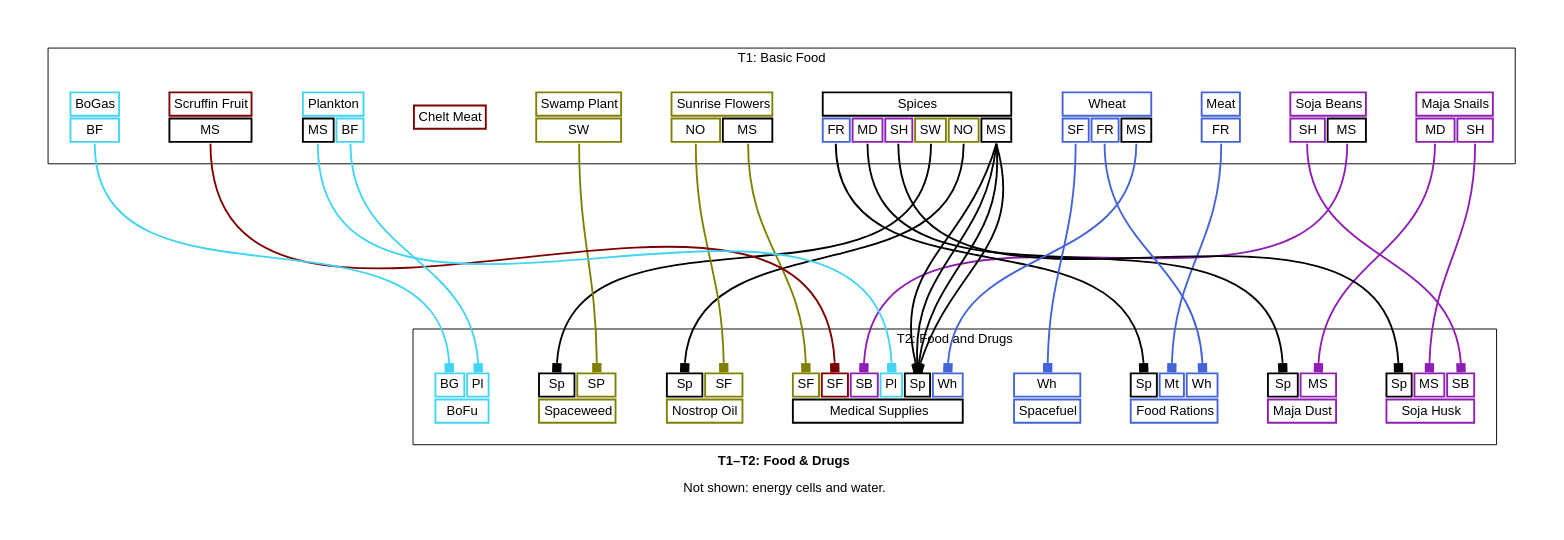
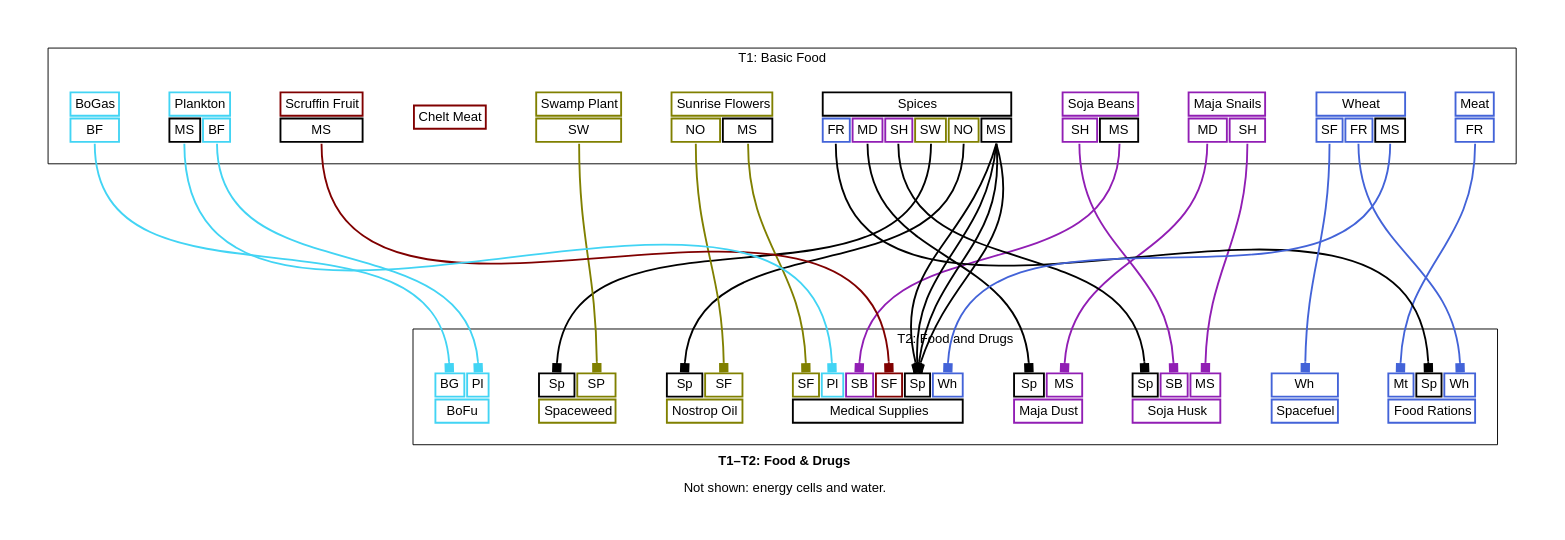
Before and after one commit to borntyping/x4-diagrams: the diagram in docs/t1_t2_food_drugs_graph_simplified.dot, drawn with Graphviz. The commit also changed other lines of this file and 44 other files, not shown here.

```diff
--- a/docs/t1_t2_food_drugs_graph_simplified.dot
+++ b/docs/t1_t2_food_drugs_graph_simplified.dot
@@ -186,9 +186,9 @@
   
     <tr>
       
+        <td align="text" bgcolor="white" color="#4363d8" port="meat">Mt</td>
+      
         <td align="text" bgcolor="white" color="#000000" port="spices">Sp</td>
-      
-        <td align="text" bgcolor="white" color="#4363d8" port="meat">Mt</td>
       
         <td align="text" bgcolor="white" color="#4363d8" port="wheat">Wh</td>
       
@@ -220,9 +220,9 @@
       
         <td align="text" bgcolor="white" color="#000000" port="spices">Sp</td>
       
+        <td align="text" bgcolor="white" color="#911eb4" port="soja_beans">SB</td>
+      
         <td align="text" bgcolor="white" color="#911eb4" port="maja_snails">MS</td>
-      
-        <td align="text" bgcolor="white" color="#911eb4" port="soja_beans">SB</td>
       
     </tr>
   
@@ -267,11 +267,11 @@
       
         <td align="text" bgcolor="white" color="#808000" port="sunrise_flowers">SF</td>
       
-        <td align="text" bgcolor="white" color="#800000" port="scruffin_fruits">SF</td>
+        <td align="text" bgcolor="white" color="#42d4f4" port="plankton">Pl</td>
       
         <td align="text" bgcolor="white" color="#911eb4" port="soja_beans">SB</td>
       
-        <td align="text" bgcolor="white" color="#42d4f4" port="plankton">Pl</td>
+        <td align="text" bgcolor="white" color="#800000" port="scruffin_fruits">SF</td>
       
         <td align="text" bgcolor="white" color="#000000" port="spices">Sp</td>
       
```
